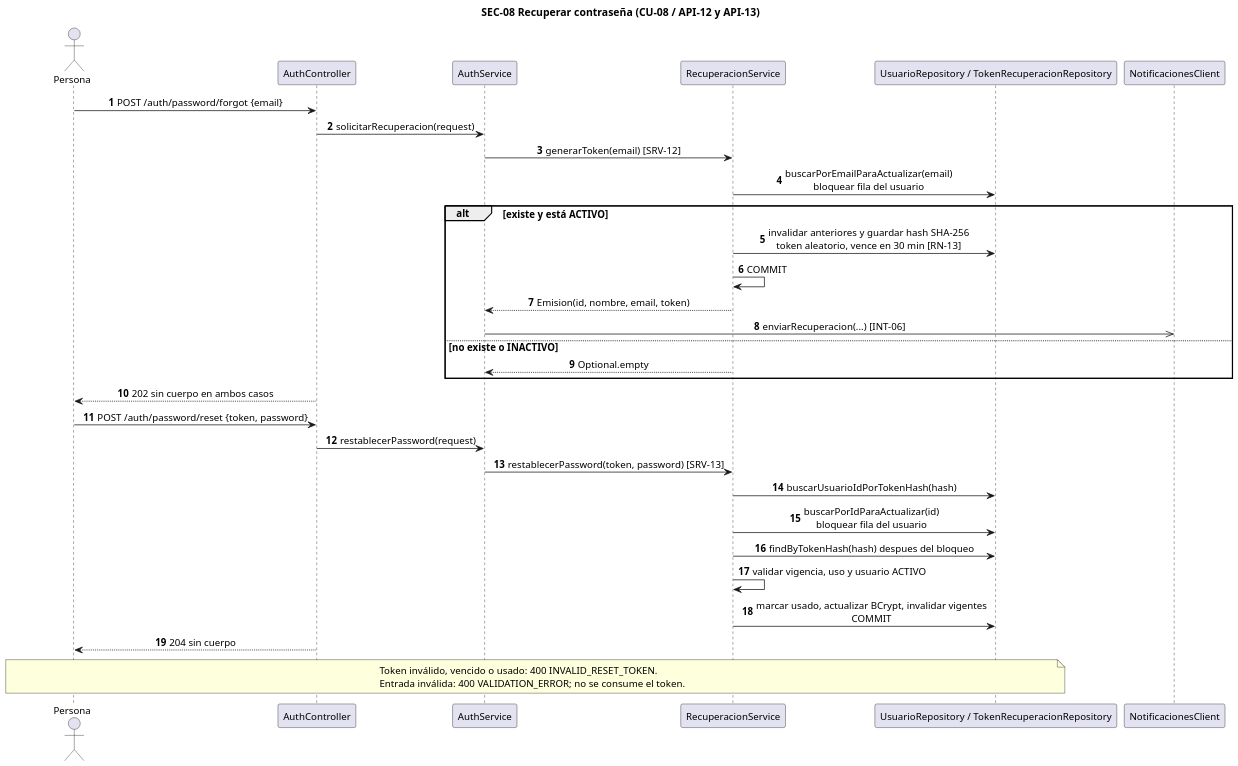
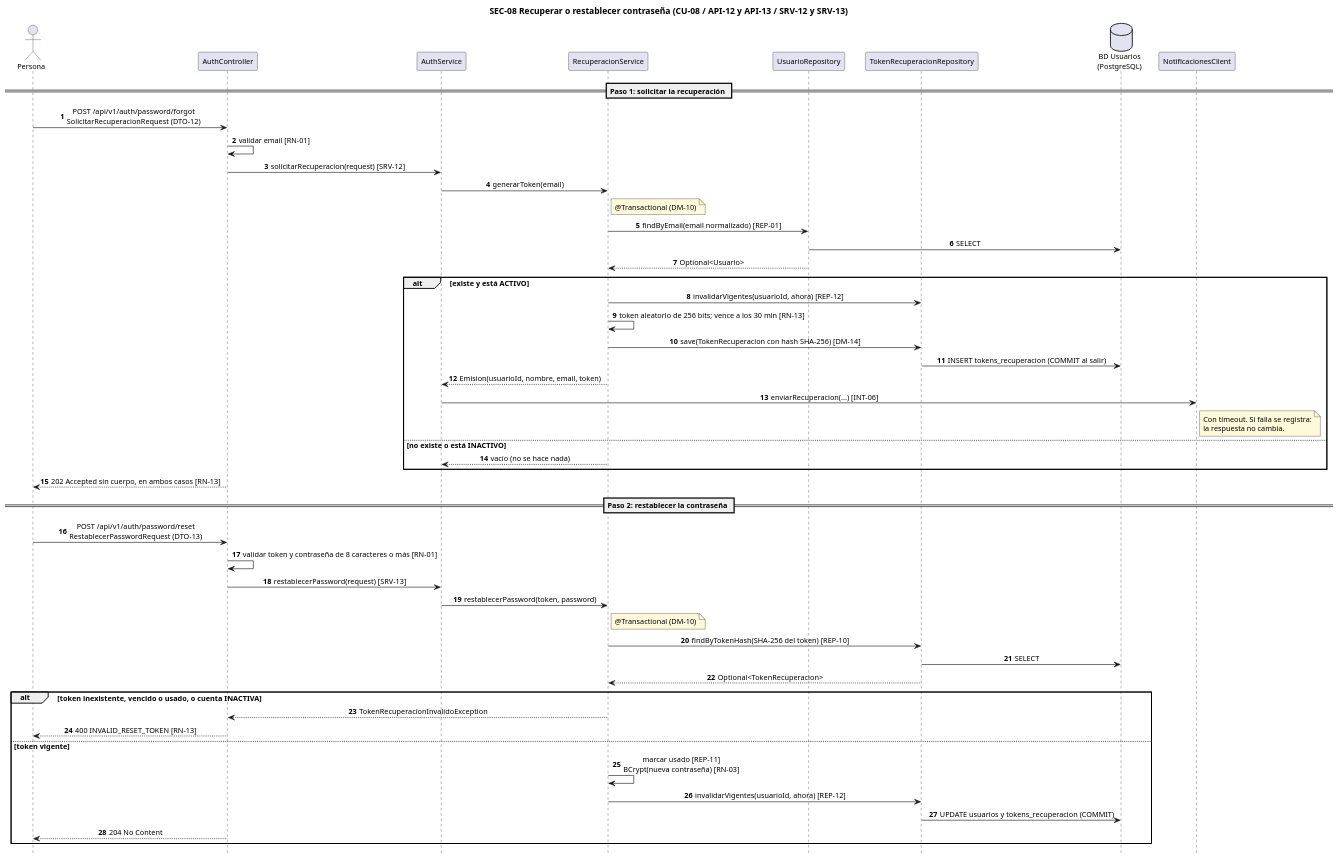
The diagram in doc/Diagramas/SEC-08.puml (CarlaGorgal2002/deliverygo-usuarios-auth), drawn with PlantUML before and after one commit. The commit also changed 30 other files, not shown here.

First line of the commit message:
docs: rehacer los 15 diagramas con las capas y participantes de la plantilla

```diff
--- a/doc/Diagramas/SEC-08.puml
+++ b/doc/Diagramas/SEC-08.puml
@@ -1,38 +1,62 @@
 @startuml SEC-08
-skinparam dpi 135
+skinparam dpi 110
 skinparam shadowing false
 skinparam defaultFontName Arial
-skinparam defaultFontSize 13
+skinparam defaultFontSize 12
 skinparam sequenceMessageAlign center
-title SEC-08 Recuperar contraseña (CU-08 / API-12 y API-13)
+skinparam responseMessageBelowArrow true
+skinparam NoteBackgroundColor #FFF9DB
+skinparam ParticipantPadding 12
+hide footbox
+title SEC-08 Recuperar o restablecer contraseña (CU-08 / API-12 y API-13 / SRV-12 y SRV-13)
 autonumber
-actor Persona as P
+actor Persona as A
 participant AuthController as C
-participant AuthService as A
+participant AuthService as AS
 participant RecuperacionService as S
-participant "UsuarioRepository / TokenRecuperacionRepository" as R
+participant UsuarioRepository as UR
+participant TokenRecuperacionRepository as TR
+database "BD Usuarios\n(PostgreSQL)" as DB
 participant NotificacionesClient as N
-P -> C : POST /auth/password/forgot {email}
-C -> A : solicitarRecuperacion(request)
-A -> S : generarToken(email) [SRV-12]
-S -> R : buscarPorEmailParaActualizar(email)\nbloquear fila del usuario
+
+== Paso 1: solicitar la recuperación ==
+A -> C : POST /api/v1/auth/password/forgot\nSolicitarRecuperacionRequest (DTO-12)
+C -> C : validar email [RN-01]
+C -> AS : solicitarRecuperacion(request) [SRV-12]
+AS -> S : generarToken(email)
+note right of S : @Transactional (DM-10)
+S -> UR : findByEmail(email normalizado) [REP-01]
+UR -> DB : SELECT
+UR --> S : Optional<Usuario>
 alt existe y está ACTIVO
- S -> R : invalidar anteriores y guardar hash SHA-256\ntoken aleatorio, vence en 30 min [RN-13]
- S -> S : COMMIT
- S --> A : Emision(id, nombre, email, token)
- A ->> N : enviarRecuperacion(...) [INT-06]
-else no existe o INACTIVO
- S --> A : Optional.empty
+  S -> TR : invalidarVigentes(usuarioId, ahora) [REP-12]
+  S -> S : token aleatorio de 256 bits; vence a los 30 min [RN-13]
+  S -> TR : save(TokenRecuperacion con hash SHA-256) [DM-14]
+  TR -> DB : INSERT tokens_recuperacion (COMMIT al salir)
+  S --> AS : Emision(usuarioId, nombre, email, token)
+  AS -> N : enviarRecuperacion(...) [INT-06]
+  note right of N : Con timeout. Si falla se registra:\nla respuesta no cambia.
+else no existe o está INACTIVO
+  S --> AS : vacío (no se hace nada)
 end
-C --> P : 202 sin cuerpo en ambos casos
-P -> C : POST /auth/password/reset {token, password}
-C -> A : restablecerPassword(request)
-A -> S : restablecerPassword(token, password) [SRV-13]
-S -> R : buscarUsuarioIdPorTokenHash(hash)
-S -> R : buscarPorIdParaActualizar(id)\nbloquear fila del usuario
-S -> R : findByTokenHash(hash) despues del bloqueo
-S -> S : validar vigencia, uso y usuario ACTIVO
-S -> R : marcar usado, actualizar BCrypt, invalidar vigentes\nCOMMIT
-C --> P : 204 sin cuerpo
-note over P,R : Token inválido, vencido o usado: 400 INVALID_RESET_TOKEN.\nEntrada inválida: 400 VALIDATION_ERROR; no se consume el token.
+C --> A : 202 Accepted sin cuerpo, en ambos casos [RN-13]
+
+== Paso 2: restablecer la contraseña ==
+A -> C : POST /api/v1/auth/password/reset\nRestablecerPasswordRequest (DTO-13)
+C -> C : validar token y contraseña de 8 caracteres o más [RN-01]
+C -> AS : restablecerPassword(request) [SRV-13]
+AS -> S : restablecerPassword(token, password)
+note right of S : @Transactional (DM-10)
+S -> TR : findByTokenHash(SHA-256 del token) [REP-10]
+TR -> DB : SELECT
+TR --> S : Optional<TokenRecuperacion>
+alt token inexistente, vencido o usado, o cuenta INACTIVA
+  S --> C : TokenRecuperacionInvalidoException
+  C --> A : 400 INVALID_RESET_TOKEN [RN-13]
+else token vigente
+  S -> S : marcar usado [REP-11]\nBCrypt(nueva contraseña) [RN-03]
+  S -> TR : invalidarVigentes(usuarioId, ahora) [REP-12]
+  TR -> DB : UPDATE usuarios y tokens_recuperacion (COMMIT)
+  C --> A : 204 No Content
+end
 @enduml
```
